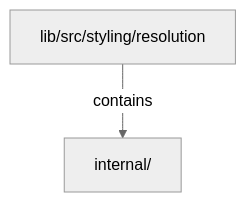
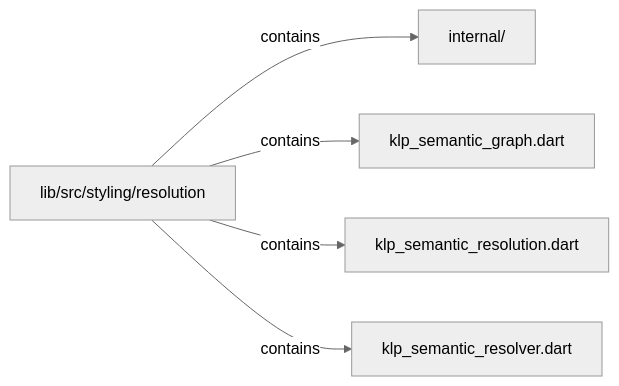
One commit to MiuDog/Kallopis changed the second of 2 diagrams in docs/architecture/src/styling/resolution/README.md. Above: the diagram before and after it, drawn with Mermaid (neutral theme). The commit also changed other lines of this file and 9688 other files, not shown here.

Commit message:
Prepare isolated Flow F2 peer baseline

````diff
--- a/docs/architecture/src/styling/resolution/README.md
+++ b/docs/architecture/src/styling/resolution/README.md
@@ -21,6 +42,12 @@
 ```mermaid
-flowchart TD
+flowchart LR
 	n0["lib/src/styling/resolution"]
 	n1["internal/"]
+	n2["klp_semantic_graph.dart"]
+	n3["klp_semantic_resolution.dart"]
+	n4["klp_semantic_resolver.dart"]
 	n0 -->|"contains"| n1
+	n0 -->|"contains"| n2
+	n0 -->|"contains"| n3
+	n0 -->|"contains"| n4
 ```
````
